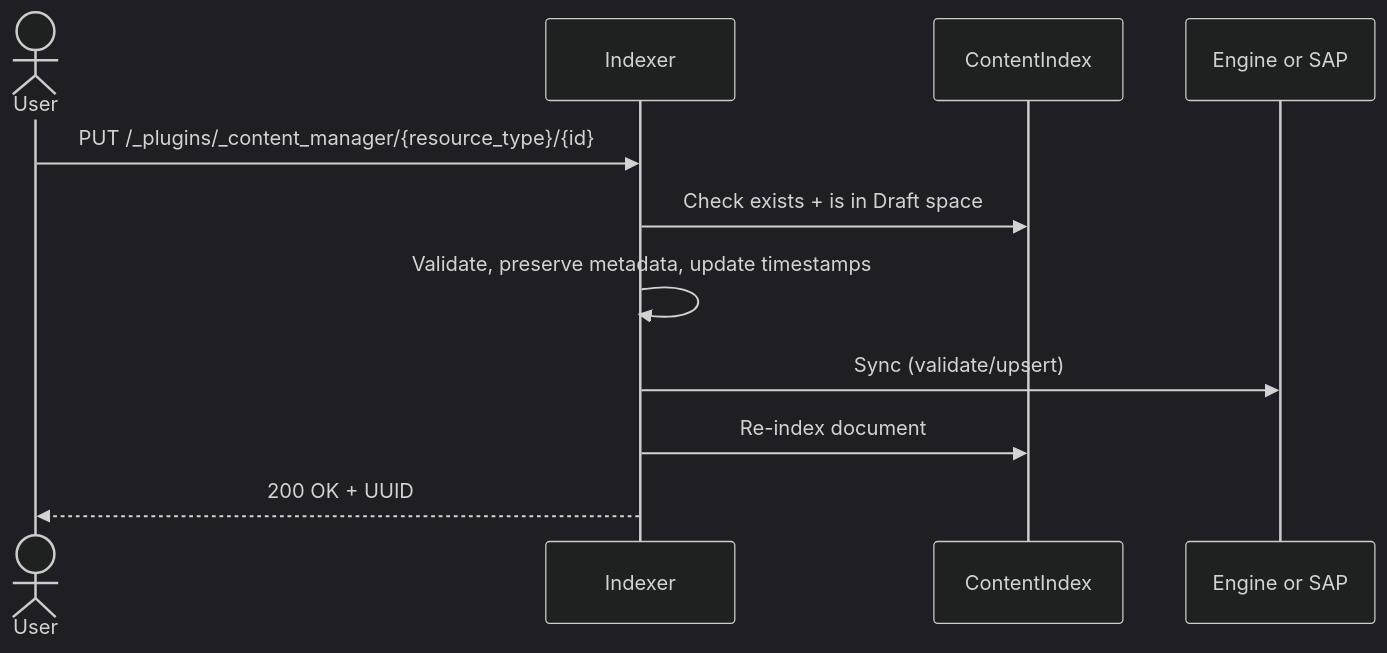
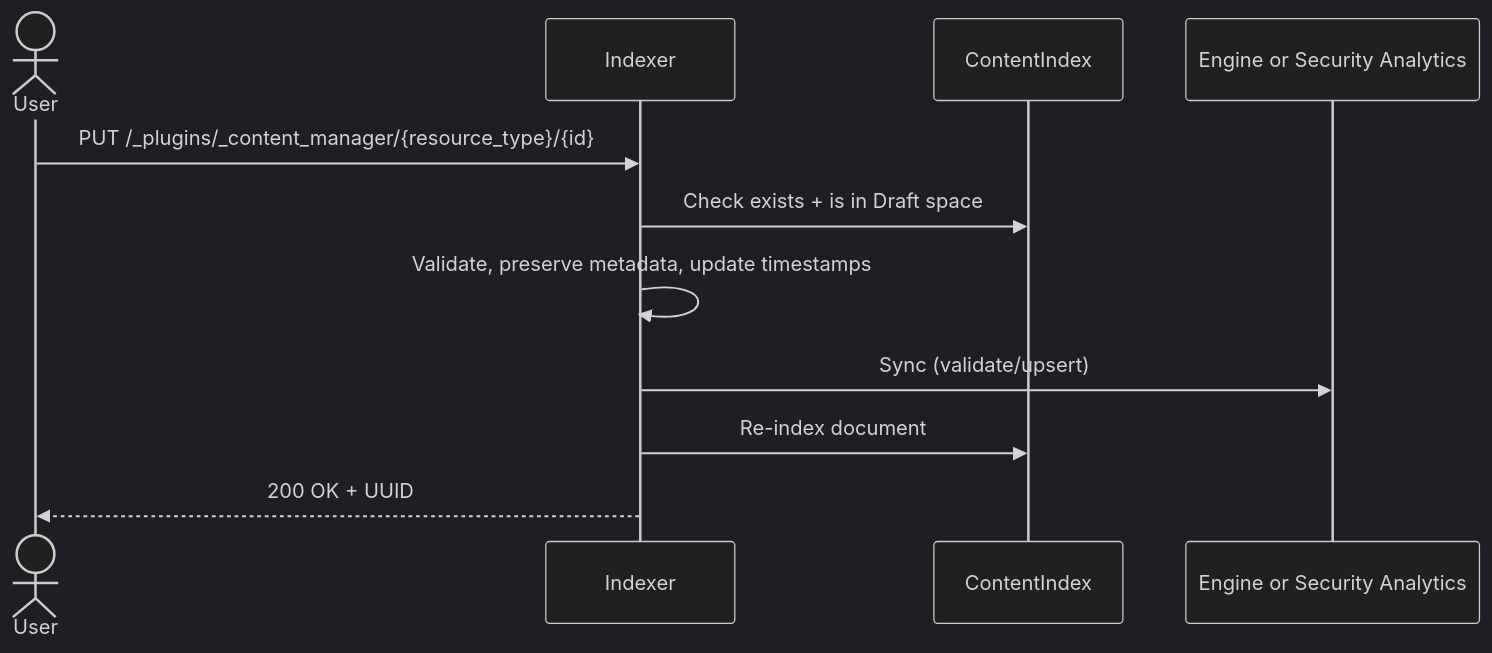
One commit to wazuh/wazuh-indexer-plugins changed the sixth of 12 diagrams in docs/dev/plugins/content-manager.md. Above: the diagram before and after it, drawn with Mermaid (dark theme). The commit also changed other lines of this file and 41 other files, not shown here.

````diff
--- a/docs/dev/plugins/content-manager.md
+++ b/docs/dev/plugins/content-manager.md
@@ -672,14 +677,14 @@
 ```mermaid
 sequenceDiagram
     actor User
     participant Indexer
     participant ContentIndex
-    participant Engine/SAP as Engine or SAP
+    participant EngineSA as Engine or Security Analytics
 
     User->>Indexer: PUT /_plugins/_content_manager/{resource_type}/{id}
     Indexer->>ContentIndex: Check exists + is in Draft space
     Indexer->>Indexer: Validate, preserve metadata, update timestamps
-    Indexer->>Engine/SAP: Sync (validate/upsert)
+    Indexer->>EngineSA: Sync (validate/upsert)
     Indexer->>ContentIndex: Re-index document
     Indexer-->>User: 200 OK + UUID
 ```
````
